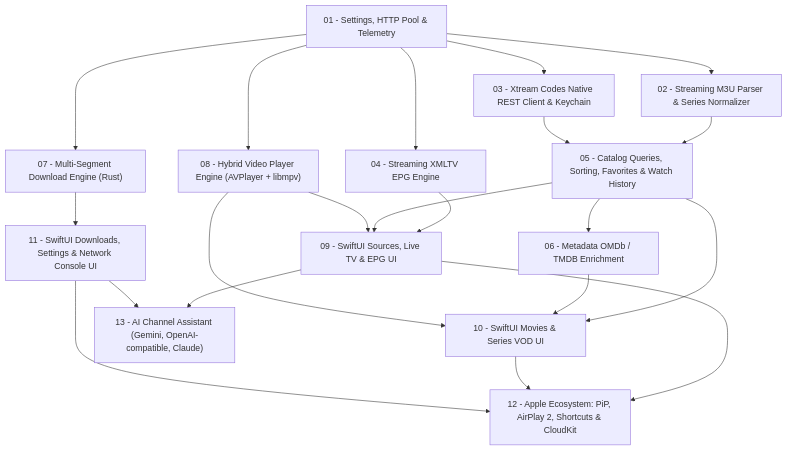
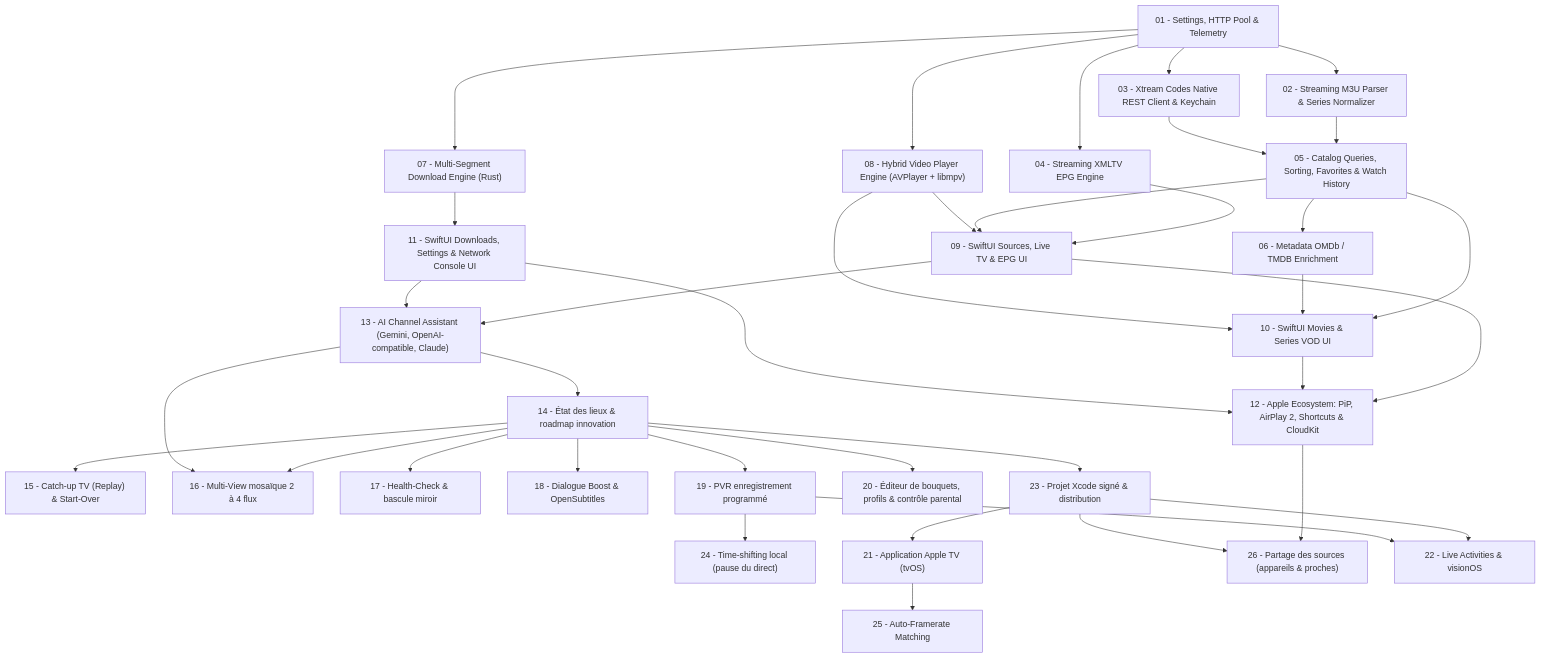
The diagram in PRD/00_INDEX_ROADMAP.md (coundia/buntu), drawn with Mermaid before and after one commit. The commit also changed other lines of this file and 131 other files, not shown here.

Commit message:
feat: add advanced player features, multi-view, PVR, profiles, and tvOS/visionOS support

````diff
--- a/PRD/00_INDEX_ROADMAP.md
+++ b/PRD/00_INDEX_ROADMAP.md
@@ -35,23 +35,39 @@
 ```mermaid
 flowchart TD
     P01["01 - Settings, HTTP Pool & Telemetry"] --> P02["02 - Streaming M3U Parser & Series Normalizer"]
     P01 --> P03["03 - Xtream Codes Native REST Client & Keychain"]
     P01 --> P04["04 - Streaming XMLTV EPG Engine"]
     P01 --> P07["07 - Multi-Segment Download Engine (Rust)"]
     P02 --> P05["05 - Catalog Queries, Sorting, Favorites & Watch History"]
     P03 --> P05
     P05 --> P06["06 - Metadata OMDb / TMDB Enrichment"]
     P01 --> P08["08 - Hybrid Video Player Engine (AVPlayer + libmpv)"]
     P04 --> P09["09 - SwiftUI Sources, Live TV & EPG UI"]
     P05 --> P09
     P08 --> P09
     P05 --> P10["10 - SwiftUI Movies & Series VOD UI"]
     P06 --> P10
     P08 --> P10
     P07 --> P11["11 - SwiftUI Downloads, Settings & Network Console UI"]
     P09 --> P12["12 - Apple Ecosystem: PiP, AirPlay 2, Shortcuts & CloudKit"]
     P10 --> P12
     P11 --> P12
     P09 --> P13["13 - AI Channel Assistant (Gemini, OpenAI-compatible, Claude)"]
     P11 --> P13
+    P13 --> P14["14 - État des lieux & roadmap innovation"]
+    P14 --> P15["15 - Catch-up TV (Replay) & Start-Over"]
+    P14 --> P16["16 - Multi-View mosaïque 2 à 4 flux"]
+    P13 --> P16
+    P14 --> P17["17 - Health-Check & bascule miroir"]
+    P14 --> P18["18 - Dialogue Boost & OpenSubtitles"]
+    P14 --> P19["19 - PVR enregistrement programmé"]
+    P19 --> P24["24 - Time-shifting local (pause du direct)"]
+    P14 --> P20["20 - Éditeur de bouquets, profils & contrôle parental"]
+    P14 --> P23["23 - Projet Xcode signé & distribution"]
+    P23 --> P21["21 - Application Apple TV (tvOS)"]
+    P21 --> P25["25 - Auto-Framerate Matching"]
+    P12 --> P26["26 - Partage des sources (appareils & proches)"]
+    P23 --> P26
+    P23 --> P22["22 - Live Activities & visionOS"]
+    P19 --> P22
 ```
````
